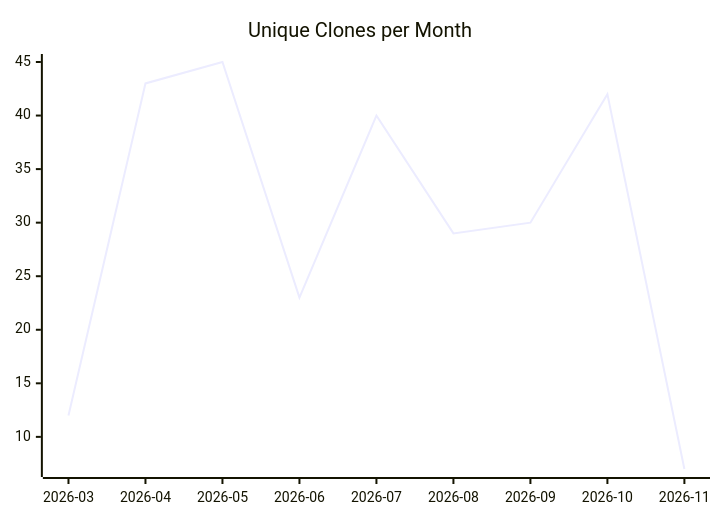
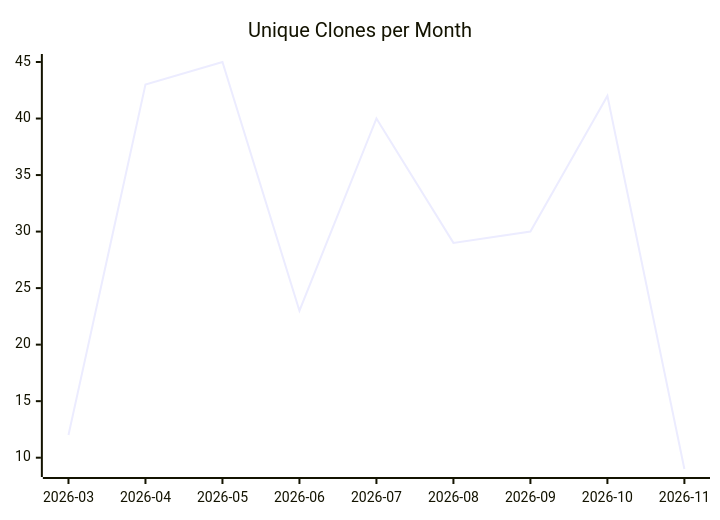
The third of 3 diagrams in karlmdavis/ksoap2-android/README.md (justdavis-family/github-analytics-data), drawn with Mermaid before and after one commit. The commit also changed other lines of this file and 188 other files, not shown here.

````diff
--- a/karlmdavis/ksoap2-android/README.md
+++ b/karlmdavis/ksoap2-android/README.md
@@ -19,6 +19,6 @@
 ```mermaid
 xychart-beta
   title "Unique Clones per Month"
   x-axis ["2026-03", "2026-04", "2026-05", "2026-06", "2026-07", "2026-08", "2026-09", "2026-10", "2026-11"]
-  line [12, 43, 45, 23, 40, 29, 30, 42, 7]
+  line [12, 43, 45, 23, 40, 29, 30, 42, 9]
 ```
````
